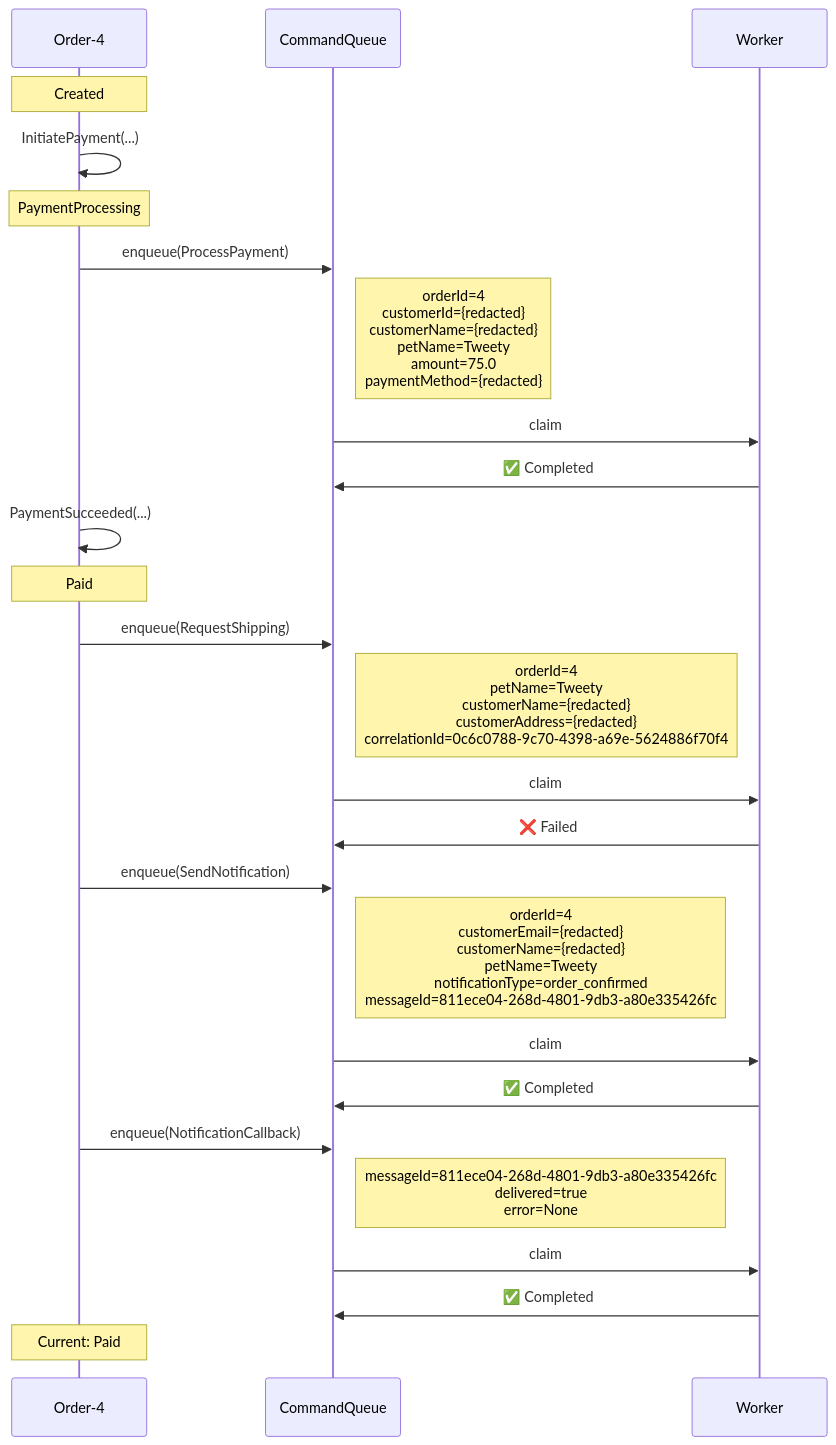
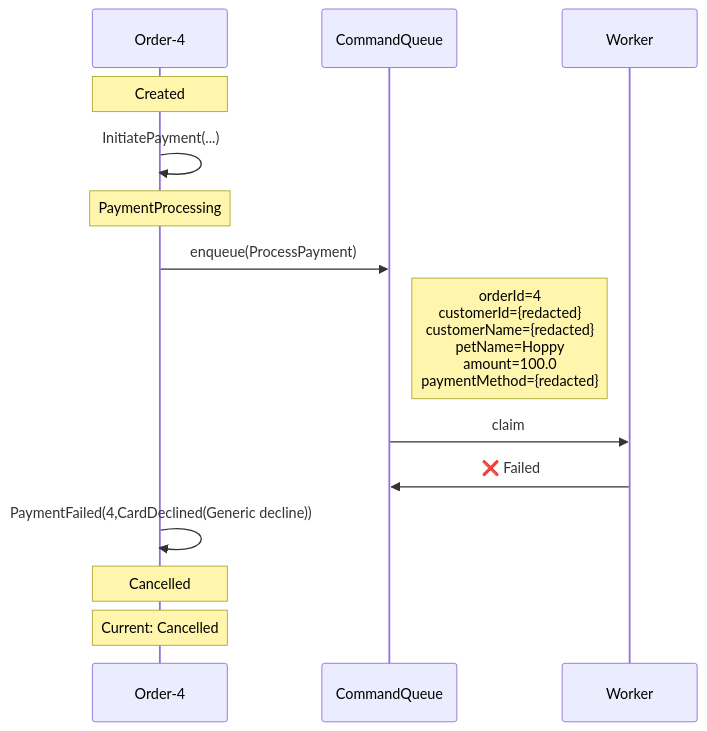
Before and after one commit to Iterable/mechanoid: the first of 3 diagrams in docs/visualizations/order-4-trace.md, drawn with Mermaid. The commit also changed other lines of this file and 23 other files, not shown here.

````diff
--- a/docs/visualizations/order-4-trace.md
+++ b/docs/visualizations/order-4-trace.md
@@ -12,30 +11,18 @@
 ```mermaid
 %%{init: {'themeCSS': '.noteText { text-align: left !important; }'}}%%
 sequenceDiagram
     participant FSM as Order-4
     participant CQ as CommandQueue
     participant W as Worker
 
     Note over FSM: Created
     FSM->>FSM: InitiatePayment(...)
     Note over FSM: PaymentProcessing
     FSM->>CQ: enqueue(ProcessPayment)
-    Note right of CQ: orderId=4<br/>customerId={redacted}<br/>customerName={redacted}<br/>petName=Tweety<br/>amount=75.0<br/>paymentMethod={redacted}
-    CQ->>W: claim
-    W->>CQ: ✅ Completed
-    FSM->>FSM: PaymentSucceeded(...)
-    Note over FSM: Paid
-    FSM->>CQ: enqueue(RequestShipping)
-    Note right of CQ: orderId=4<br/>petName=Tweety<br/>customerName={redacted}<br/>customerAddress={redacted}<br/>correlationId=0c6c0788-9c70-4398-a69e-5624886f70f4
+    Note right of CQ: orderId=4<br/>customerId={redacted}<br/>customerName={redacted}<br/>petName=Hoppy<br/>amount=100.0<br/>paymentMethod={redacted}
     CQ->>W: claim
     W->>CQ: ❌ Failed
-    FSM->>CQ: enqueue(SendNotification)
-    Note right of CQ: orderId=4<br/>customerEmail={redacted}<br/>customerName={redacted}<br/>petName=Tweety<br/>notificationType=order_confirmed<br/>messageId=811ece04-268d-4801-9db3-a80e335426fc
-    CQ->>W: claim
-    W->>CQ: ✅ Completed
-    FSM->>CQ: enqueue(NotificationCallback)
-    Note right of CQ: messageId=811ece04-268d-4801-9db3-a80e335426fc<br/>delivered=true<br/>error=None
-    CQ->>W: claim
-    W->>CQ: ✅ Completed
-    Note over FSM: Current: Paid
+    FSM->>FSM: PaymentFailed(4,CardDeclined(Generic decline))
+    Note over FSM: Cancelled
+    Note over FSM: Current: Cancelled
 ```
````
